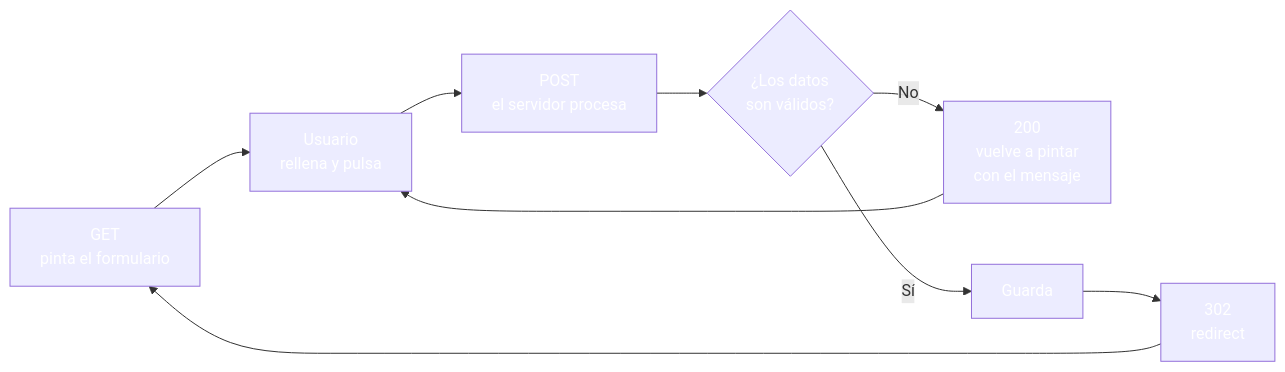
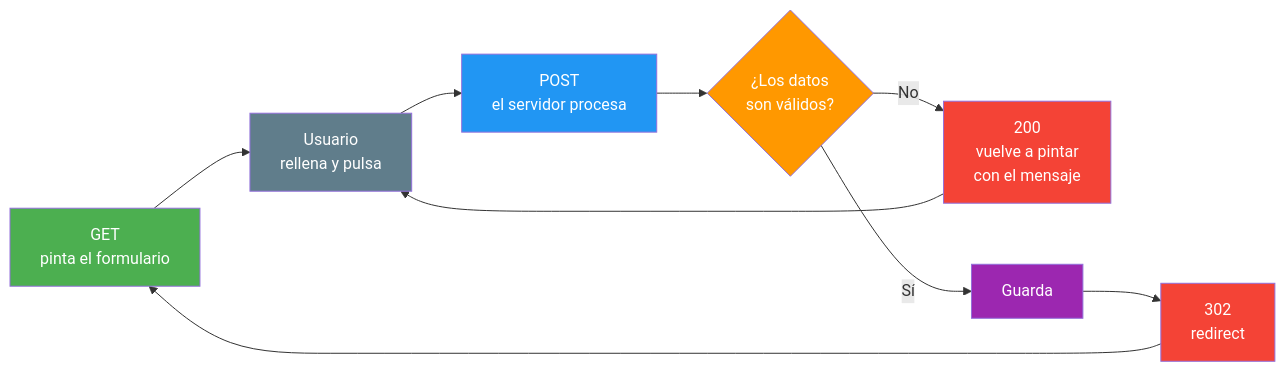
Before and after one commit to joseluisgs/DesarrolloWebEntornosServidor-03-2026-2027: the second of 3 diagrams in 13-formularios-web.md, drawn with Mermaid. The commit also changed other lines of this file and 25 other files, not shown here.

Commit message:
docs: corregir los estilos Mermaid de los temas y alinear el dominio del tema 25 con ProductosApp

````diff
--- a/13-formularios-web.md
+++ b/13-formularios-web.md
@@ -93,18 +93,18 @@
 ```mermaid
 graph LR
     A["GET<br/>pinta el formulario"] --> B["Usuario<br/>rellena y pulsa"]
     B --> C["POST<br/>el servidor procesa"]
     C --> D{"¿Los datos<br/>son válidos?"}
     D -->|"No"| E["200<br/>vuelve a pintar<br/>con el mensaje"]
     D -->|"Sí"| F["Guarda"]
     F --> G["302<br/>redirect"]
     G --> A
     E --> B
-    style A fill:#4CAF5,color:#fff0,color:#fff
-    style B fill:#607D8,color:#fffB,color:#fff
-    style C fill:#2196F,color:#fff3,color:#fff
-    style D fill:#FF980,color:#fff0,color:#fff
-    style E fill:#f4433,color:#fff6,color:#fff
-    style F fill:#9C27B,color:#fff0,color:#fff
-    style G fill:#f4433,color:#fff6,color:#fff
+    style A fill:#4CAF50,color:#fff
+    style B fill:#607D8B,color:#fff
+    style C fill:#2196F3,color:#fff
+    style D fill:#FF9800,color:#fff
+    style E fill:#f44336,color:#fff
+    style F fill:#9C27B0,color:#fff
+    style G fill:#f44336,color:#fff
 ```
````
